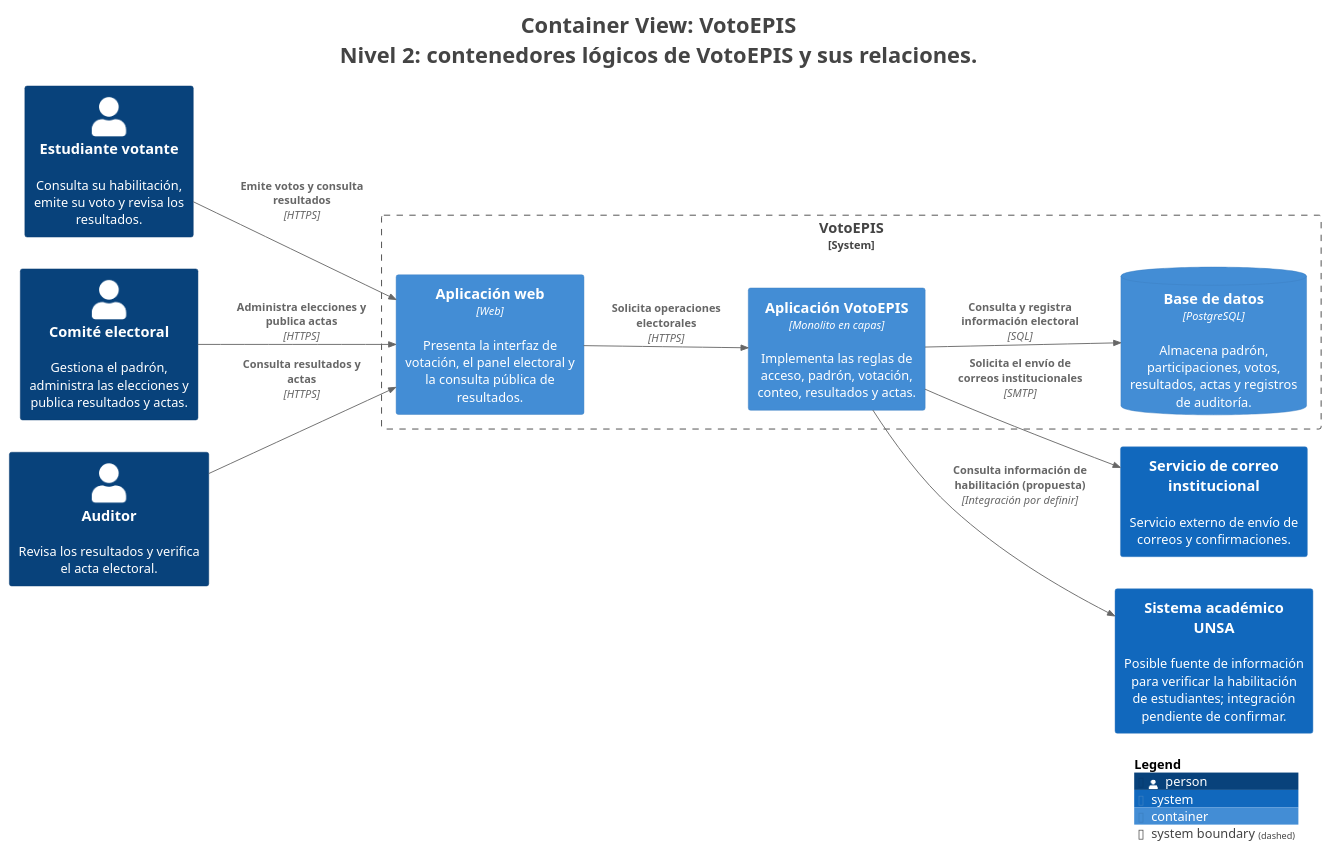
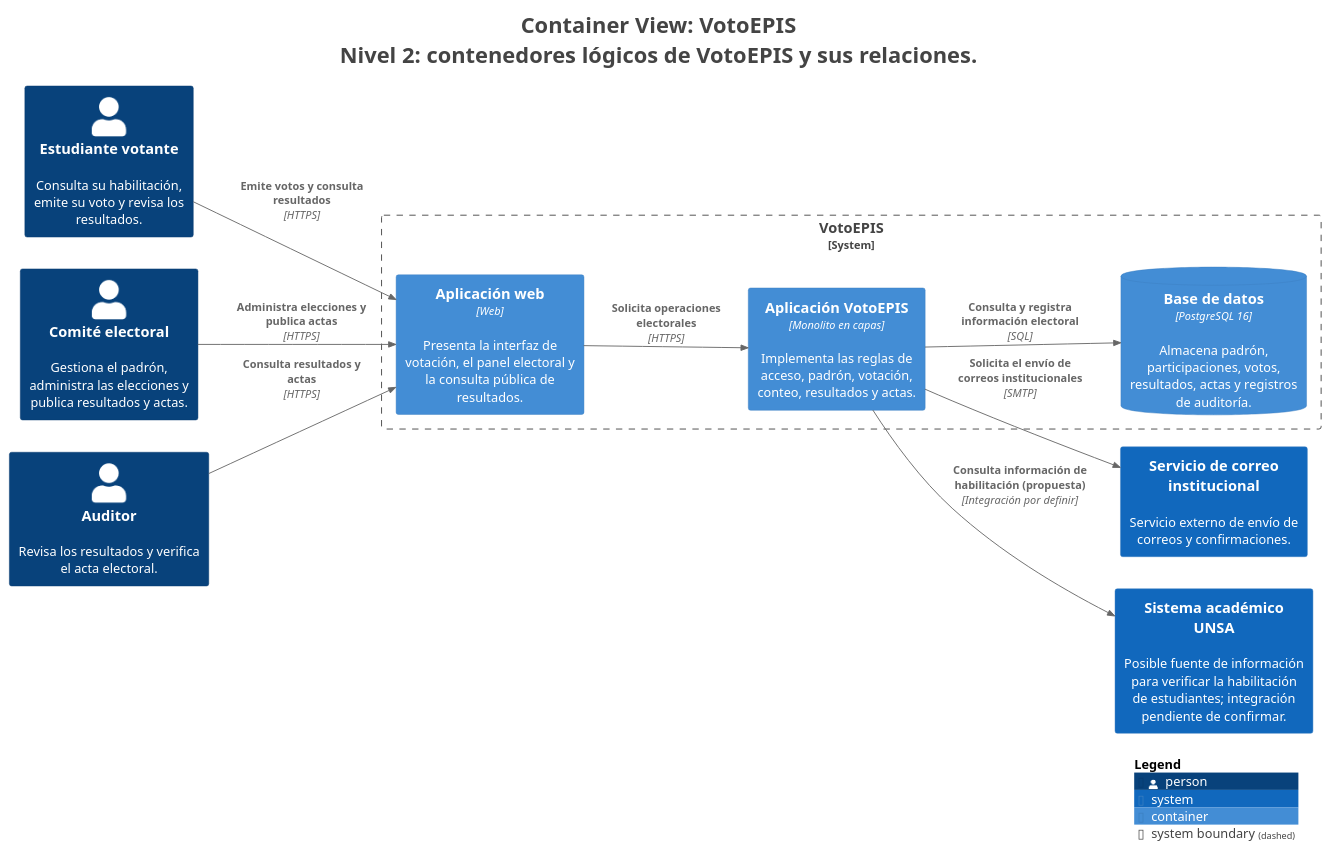
Before and after one commit to JoseMorocco/cs-2026b-lab04-grupo-b-votoepis: the diagram in docs/architecture/c4/export/structurizr-Contenedores.puml, drawn with PlantUML. The commit also changed 20 other files, not shown here.

```diff
--- a/docs/architecture/c4/export/structurizr-Contenedores.puml
+++ b/docs/architecture/c4/export/structurizr-Contenedores.puml
@@ -1,40 +1,40 @@
 @startuml
 title <size:24>Container View: VotoEPIS</size>\n<size:24>Nivel 2: contenedores lógicos de VotoEPIS y sus relaciones.</size>
 
 set separator none
 left to right direction
 
 <style>
   root {
     BackgroundColor: #ffffff
     FontColor: #444444
   }
 </style>
 
 !include <C4/C4>
 !include <C4/C4_Context>
 !include <C4/C4_Container>
 
 Person(Estudiantevotante, "Estudiante votante", $descr="Consulta su habilitación, emite su voto y revisa los resultados.", $tags="", $link="")
 Person(Comitéelectoral, "Comité electoral", $descr="Gestiona el padrón, administra las elecciones y publica resultados y actas.", $tags="", $link="")
 Person(Auditor, "Auditor", $descr="Revisa los resultados y verifica el acta electoral.", $tags="", $link="")
 System(Serviciodecorreoinstitucional, "Servicio de correo institucional", $descr="Servicio externo de envío de correos y confirmaciones.", $tags="", $link="")
 System(SistemaacadémicoUNSA, "Sistema académico UNSA", $descr="Posible fuente de información para verificar la habilitación de estudiantes; integración pendiente de confirmar.", $tags="", $link="")
 
 System_Boundary("VotoEPIS_boundary", "VotoEPIS", $tags="") {
-  ContainerDb(VotoEPIS.Basededatos, "Base de datos", $techn="PostgreSQL", $descr="Almacena padrón, participaciones, votos, resultados, actas y registros de auditoría.", $tags="", $link="")
+  ContainerDb(VotoEPIS.Basededatos, "Base de datos", $techn="PostgreSQL 16", $descr="Almacena padrón, participaciones, votos, resultados, actas y registros de auditoría.", $tags="", $link="")
   Container(VotoEPIS.Aplicaciónweb, "Aplicación web", $techn="Web", $descr="Presenta la interfaz de votación, el panel electoral y la consulta pública de resultados.", $tags="", $link="")
   Container(VotoEPIS.AplicaciónVotoEPIS, "Aplicación VotoEPIS", $techn="Monolito en capas", $descr="Implementa las reglas de acceso, padrón, votación, conteo, resultados y actas.", $tags="", $link="")
 }
 
 Rel(Estudiantevotante, VotoEPIS.Aplicaciónweb, "Emite votos y consulta resultados", $techn="HTTPS", $tags="", $link="")
 Rel(Comitéelectoral, VotoEPIS.Aplicaciónweb, "Administra elecciones y publica actas", $techn="HTTPS", $tags="", $link="")
 Rel(Auditor, VotoEPIS.Aplicaciónweb, "Consulta resultados y actas", $techn="HTTPS", $tags="", $link="")
 Rel(VotoEPIS.Aplicaciónweb, VotoEPIS.AplicaciónVotoEPIS, "Solicita operaciones electorales", $techn="HTTPS", $tags="", $link="")
 Rel(VotoEPIS.AplicaciónVotoEPIS, VotoEPIS.Basededatos, "Consulta y registra información electoral", $techn="SQL", $tags="", $link="")
 Rel(VotoEPIS.AplicaciónVotoEPIS, Serviciodecorreoinstitucional, "Solicita el envío de correos institucionales", $techn="SMTP", $tags="", $link="")
 Rel(VotoEPIS.AplicaciónVotoEPIS, SistemaacadémicoUNSA, "Consulta información de habilitación (propuesta)", $techn="Integración por definir", $tags="", $link="")
 
 SHOW_LEGEND(true)
 hide stereotypes
 @enduml
```
